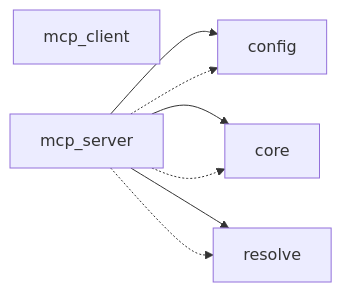
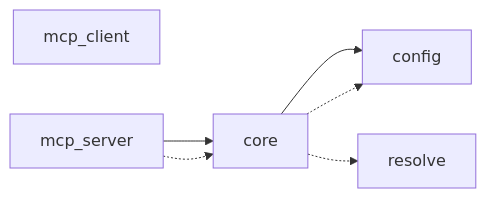
Before and after one commit to zhafen/story-simulator: the diagram in docs/architecture/story_simulator.md, drawn with Mermaid. The commit also changed 8 other files, not shown here.

````diff
--- a/docs/architecture/story_simulator.md
+++ b/docs/architecture/story_simulator.md
@@ -5,14 +5,13 @@
 ```mermaid
 flowchart LR
     n0["config"]
     n1["core"]
     n2["mcp_client"]
     n3["mcp_server"]
     n4["resolve"]
-    n3 --> n0
-    n3 -.-> n0
+    n1 --> n0
+    n1 -.-> n0
+    n1 -.-> n4
     n3 --> n1
     n3 -.-> n1
-    n3 --> n4
-    n3 -.-> n4
 ```
````
